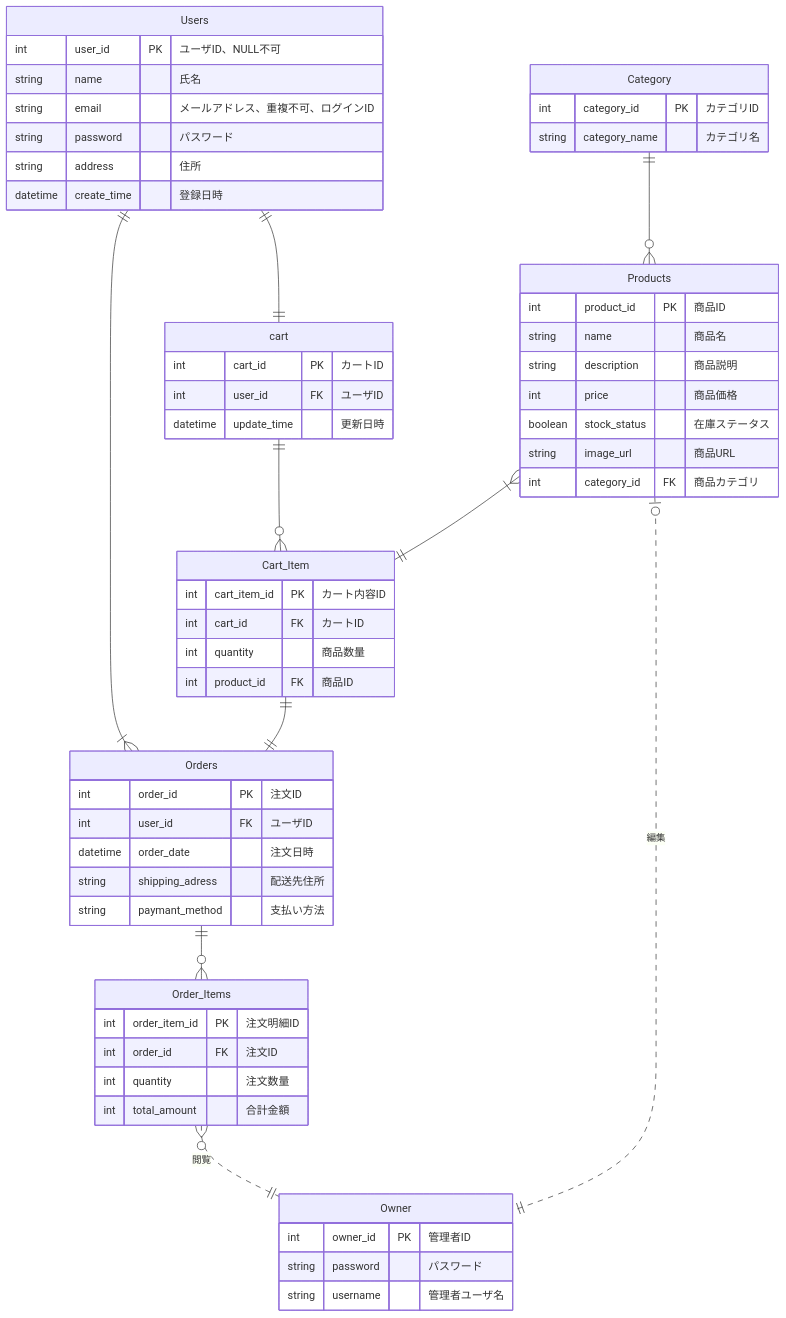
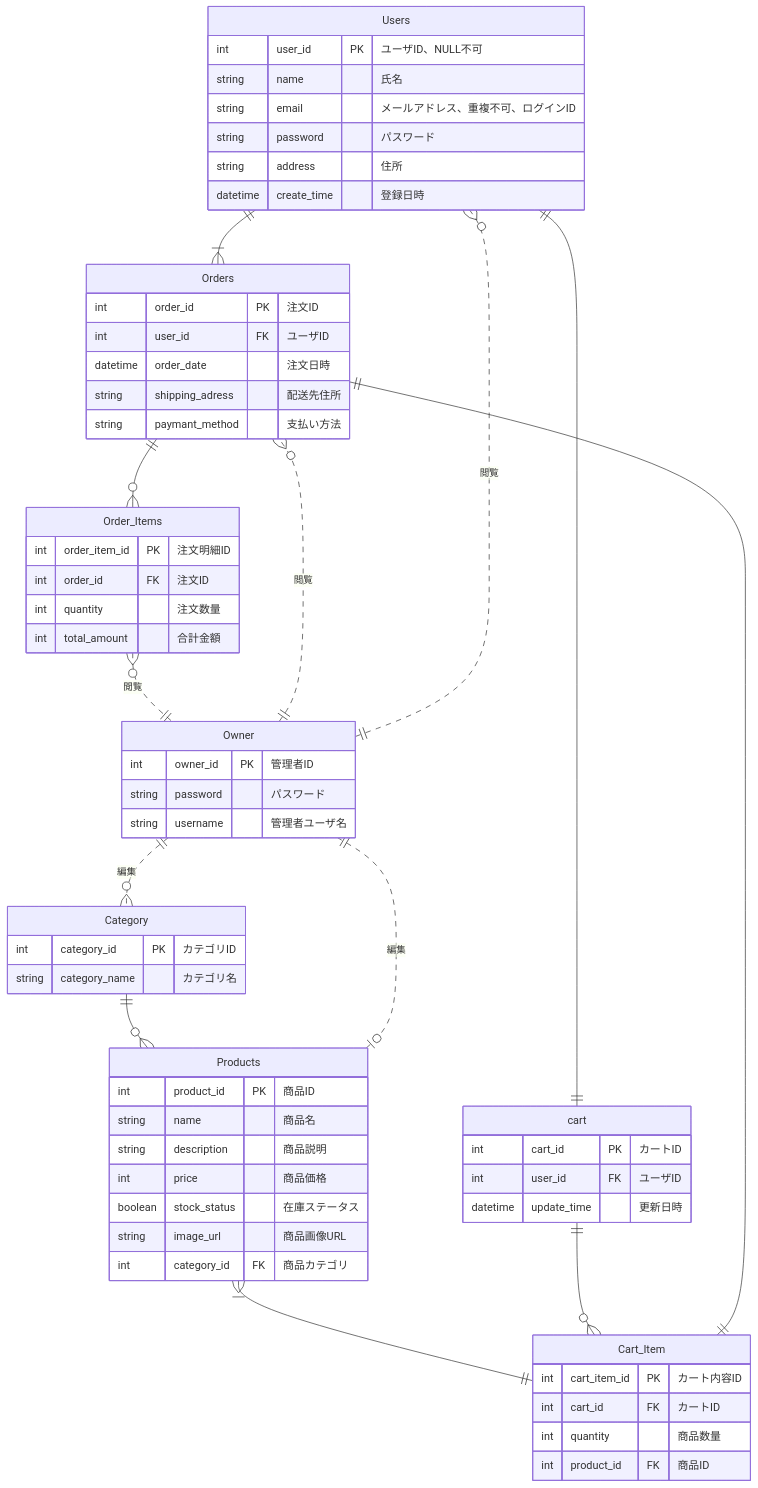
Before and after one commit to Hinako-Kimura127/neko: the sixth of 7 diagrams in 基本設計/基本設計.md, drawn with Mermaid. The commit also changed other lines of this file, not shown here.

````diff
--- a/基本設計/基本設計.md
+++ b/基本設計/基本設計.md
@@ -626,64 +460,67 @@
 ```mermaid
 
 erDiagram
   Users {
     int user_id PK "ユーザID、NULL不可"
     string name "氏名"
     string email "メールアドレス、重複不可、ログインID"
     string password "パスワード"
     string address "住所"
     datetime create_time "登録日時"
   }
   Products {
     int product_id PK "商品ID"
     string name "商品名"
     string description  "商品説明"
     int price "商品価格"
     boolean stock_status "在庫ステータス"
-    string image_url "商品URL"
+    string image_url "商品画像URL"
     int category_id  FK"商品カテゴリ"
   }
   Orders {
     int order_id PK "注文ID"
     int user_id FK "ユーザID"
     datetime order_date  "注文日時"
     string shipping_adress "配送先住所"
     string paymant_method "支払い方法"
   }
   Order_Items {
     int order_item_id PK "注文明細ID"
     int order_id FK "注文ID"
     int quantity "注文数量"
     int total_amount "合計金額"
   }
   Owner {
     int owner_id PK "管理者ID"
     string password "パスワード"
     string username "管理者ユーザ名"
   }
   cart {
     int cart_id PK "カートID"
     int user_id FK "ユーザID"
     datetime update_time "更新日時"
   }
   Cart_Item {
     int cart_item_id PK "カート内容ID"
     int cart_id FK "カートID"
     int quantity "商品数量"
     int product_id FK "商品ID"
   }
   Category {
     int category_id PK "カテゴリID"
     string category_name "カテゴリ名"
   }
   Orders ||--o{ Order_Items : ""
   Users ||--|{ Orders : ""
   Order_Items }o..|| Owner : "閲覧"
   Users ||--|| cart : ""
   Products }|--|| Cart_Item : ""
   Category ||--o{ Products : ""
   cart ||--o{ Cart_Item : ""
   Products |o..|| Owner : "編集"
   Cart_Item ||--|| Orders : ""
+  Owner ||..o{ Category : "編集"
+  Owner ||..o{ Orders : "閲覧"
+  Owner ||..o{ Users : "閲覧"
 
 ```
````
